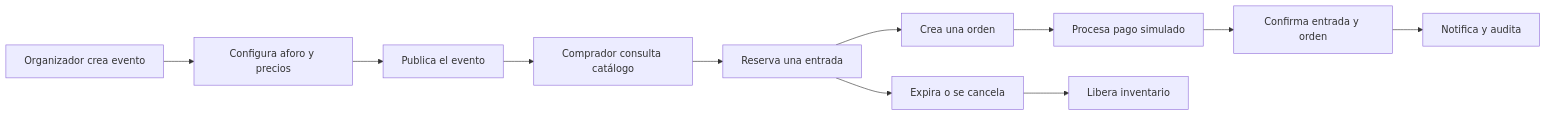
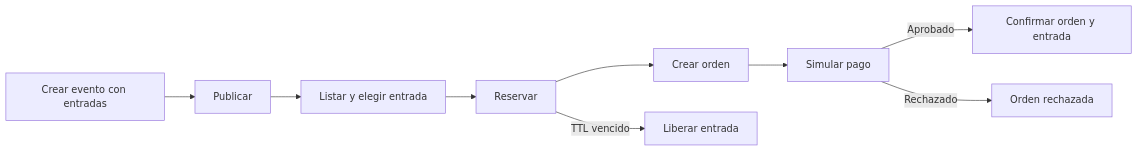
Before and after one commit to jarl-alejandro/seatforge: the diagram in docs/user-stories/README.md, drawn with Mermaid. The commit also changed other lines of this file and 21 other files, not shown here.

````diff
--- a/docs/user-stories/README.md
+++ b/docs/user-stories/README.md
@@ -84,13 +83,11 @@
 ```mermaid
 flowchart LR
-    A["Organizador crea evento"] --> B["Configura aforo y precios"]
-    B --> C["Publica el evento"]
-    C --> D["Comprador consulta catálogo"]
-    D --> E["Reserva una entrada"]
-    E --> F["Crea una orden"]
-    F --> G["Procesa pago simulado"]
-    G --> H["Confirma entrada y orden"]
-    H --> I["Notifica y audita"]
-    E --> J["Expira o se cancela"]
-    J --> K["Libera inventario"]
+    A["Crear evento con entradas"] --> B["Publicar"]
+    B --> C["Listar y elegir entrada"]
+    C --> D["Reservar"]
+    D --> E["Crear orden"]
+    E --> F["Simular pago"]
+    F -->|"Aprobado"| G["Confirmar orden y entrada"]
+    F -->|"Rechazado"| H["Orden rechazada"]
+    D -->|"TTL vencido"| I["Liberar entrada"]
 ```
````
